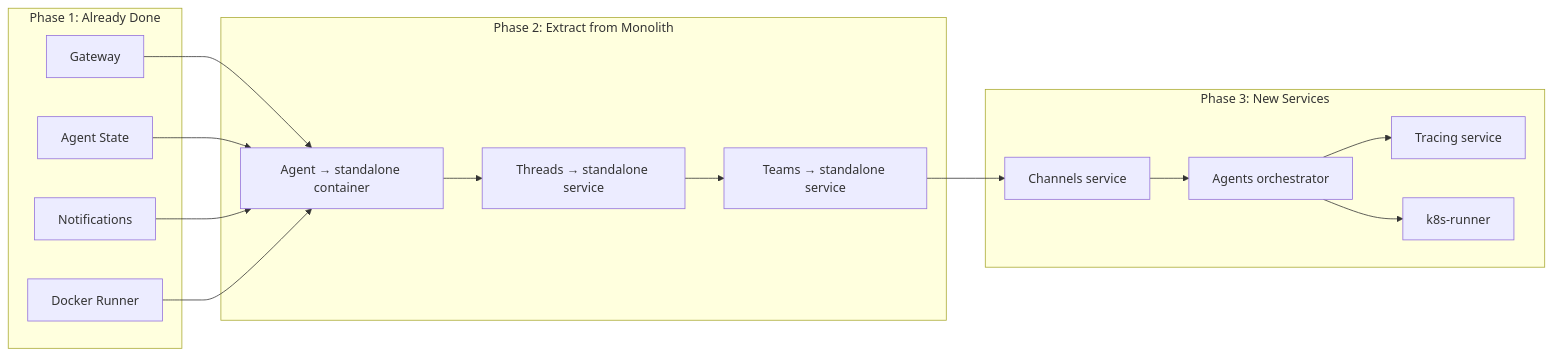
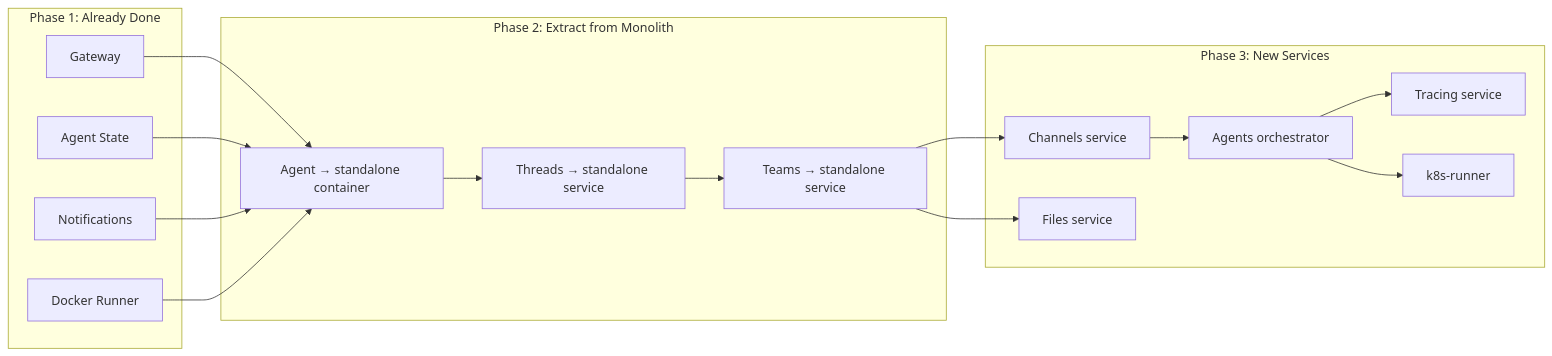
The diagram in gaps/migration-roadmap.md (agynio/architecture), drawn with Mermaid before and after one commit. The commit also changed other lines of this file and 5 other files, not shown here.

````diff
--- a/gaps/migration-roadmap.md
+++ b/gaps/migration-roadmap.md
@@ -7,31 +7,33 @@
 ```mermaid
 graph LR
     subgraph "Phase 1: Already Done"
         S1[Gateway]
         S2[Agent State]
         S3[Notifications]
         S4[Docker Runner]
     end
 
     subgraph "Phase 2: Extract from Monolith"
         S5[Agent → standalone container]
         S6[Threads → standalone service]
         S7[Teams → standalone service]
     end
 
     subgraph "Phase 3: New Services"
         S8[Channels service]
         S9[Agents orchestrator]
         S10[Tracing service]
         S11[k8s-runner]
+        S12[Files service]
     end
 
     S1 --> S5
     S2 --> S5
     S3 --> S5
     S4 --> S5
 
     S5 --> S6 --> S7
     S7 --> S8 --> S9
+    S7 --> S12
     S9 --> S10 & S11
 ```
````
